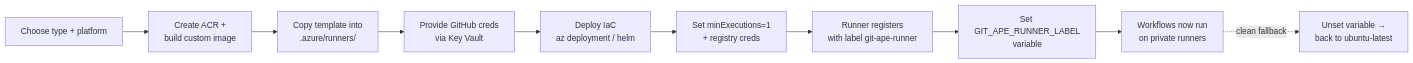
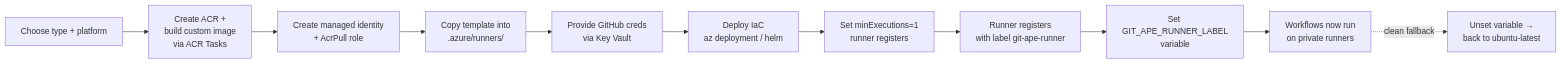
The second of 2 diagrams in .github/skills/git-ape-onboarding/templates/runners/README.md (Azure/git-ape), drawn with Mermaid before and after one commit. The commit also changed other lines of this file and 4 other files, not shown here.

First line of the commit message:
feat(runners): managed identity ACR pull, CRLF safety net, Windows workarounds

````diff
--- a/.github/skills/git-ape-onboarding/templates/runners/README.md
+++ b/.github/skills/git-ape-onboarding/templates/runners/README.md
@@ -336,12 +381,13 @@
 ```mermaid
 flowchart LR
-    A[Choose type + platform] --> B[Create ACR +<br/>build custom image]
-    B --> C[Copy template into<br/>.azure/runners/]
-    C --> D[Provide GitHub creds<br/>via Key Vault]
-    D --> E[Deploy IaC<br/>az deployment / helm]
-    E --> F[Set minExecutions=1<br/>+ registry creds]
-    F --> G[Runner registers<br/>with label git-ape-runner]
-    G --> H[Set GIT_APE_RUNNER_LABEL<br/>variable]
-    H --> I[Workflows now run<br/>on private runners]
-    I -.clean fallback.-> J[Unset variable →<br/>back to ubuntu-latest]
+    A[Choose type + platform] --> B[Create ACR +<br/>build custom image<br/>via ACR Tasks]
+    B --> C[Create managed identity<br/>+ AcrPull role]
+    C --> D[Copy template into<br/>.azure/runners/]
+    D --> E[Provide GitHub creds<br/>via Key Vault]
+    E --> F[Deploy IaC<br/>az deployment / helm]
+    F --> G[Set minExecutions=1<br/>runner registers]
+    G --> H[Runner registers<br/>with label git-ape-runner]
+    H --> I[Set GIT_APE_RUNNER_LABEL<br/>variable]
+    I --> J[Workflows now run<br/>on private runners]
+    J -.clean fallback.-> K[Unset variable →<br/>back to ubuntu-latest]
 ```
````
